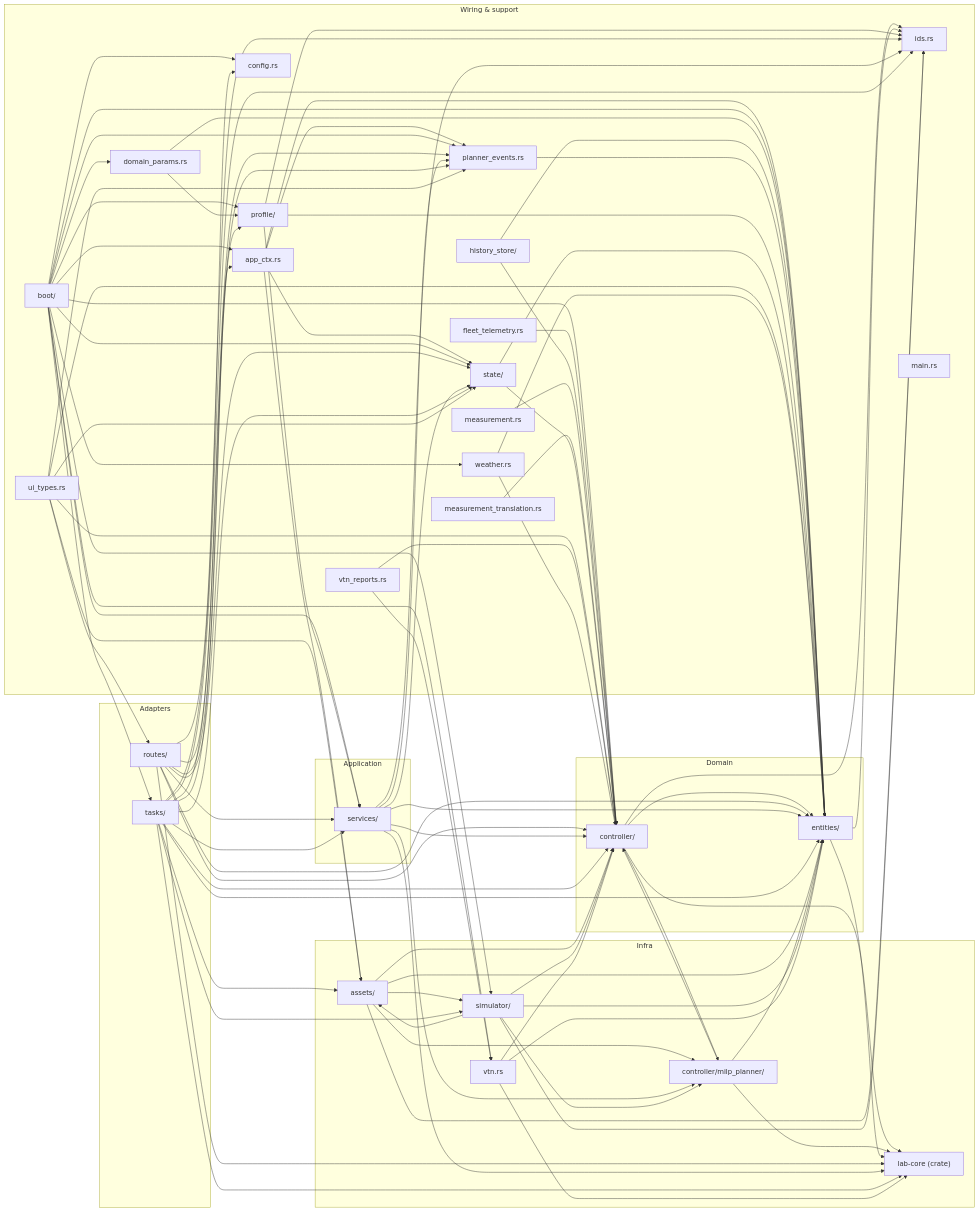
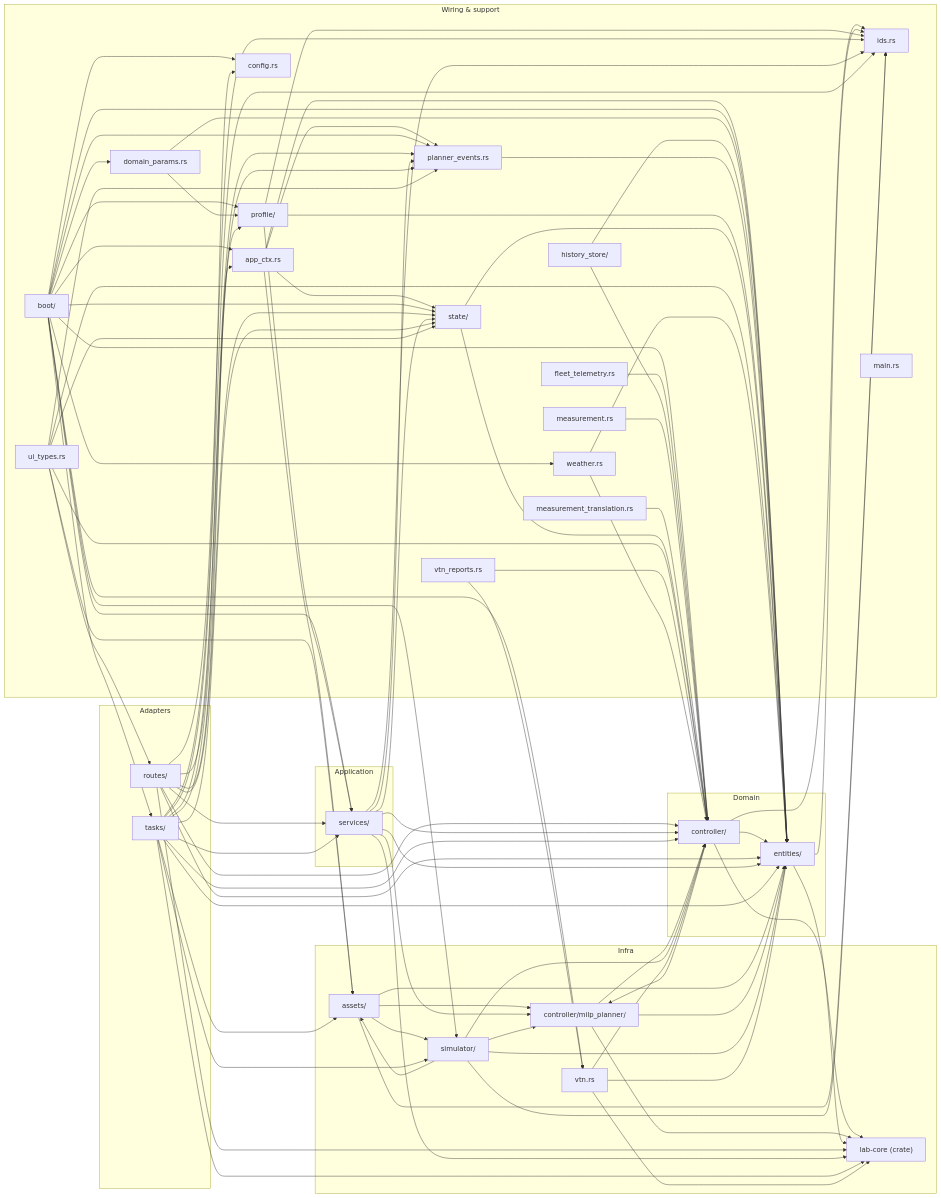
One commit to TinkerPhu/OpenAdr-Lab changed the second of 2 diagrams in docs/architecture/module_dependency_graph.md. Above: the diagram before and after it, drawn with Mermaid. The commit also changed 6 other files, not shown here.

```diff
--- a/docs/architecture/module_dependency_graph.md
+++ b/docs/architecture/module_dependency_graph.md
@@ -223,7 +223,6 @@
   M_app_ctx --> M_entities
   M_app_ctx --> M_planner_events
   M_app_ctx --> M_state
-  M_assets --> M_controller
   M_assets --> M_controller_milp_planner
   M_assets --> M_entities
   M_assets --> M_ids
```
